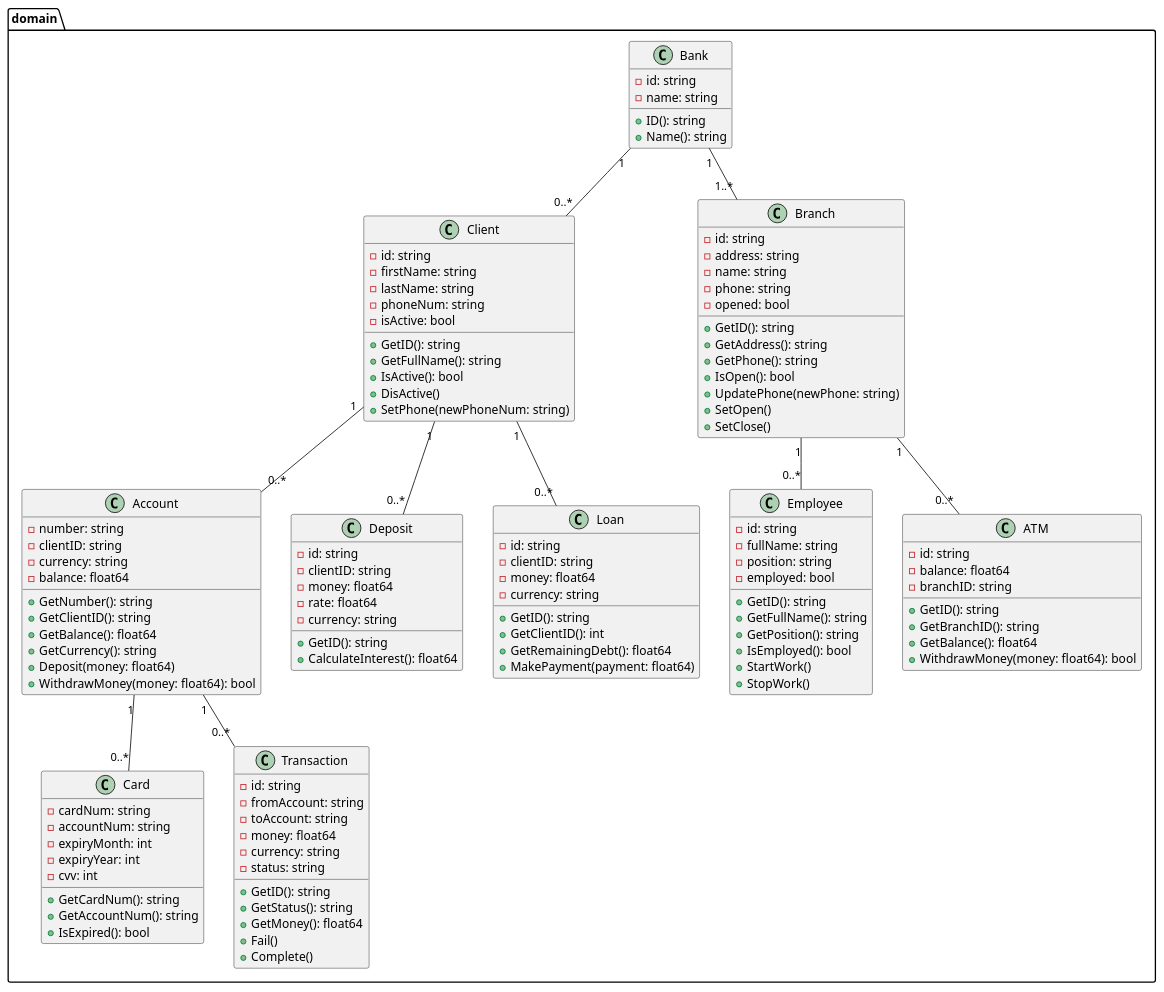
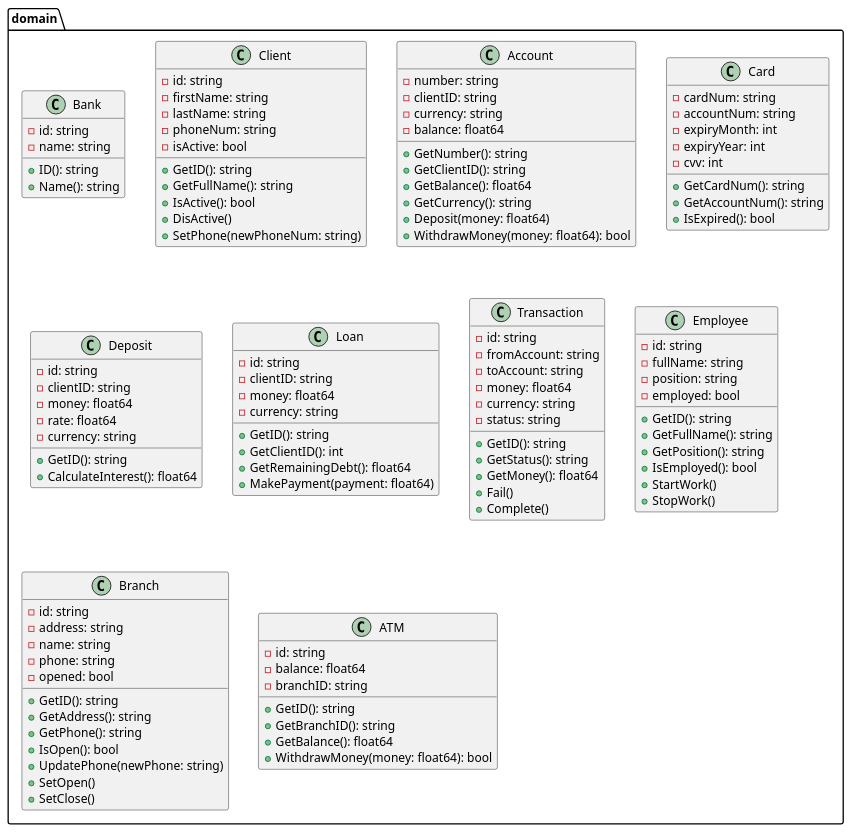
One commit to mak7eim/oop-bsuir-2025 changed the diagram in lab1/ClassDiagram.puml. Above: the diagram before and after it, drawn with PlantUML.

Commit message:
fix: corrected the class diagram

```diff
--- a/lab1/ClassDiagram.puml
+++ b/lab1/ClassDiagram.puml
@@ -1,138 +1,124 @@
 @startuml sdfghj
 
 namespace domain {
 
 class Bank {
   -id: string
   -name: string
   +ID(): string 
   +Name(): string
 }
 
 class Client {
   -id: string
   -firstName: string
   -lastName: string
   -phoneNum: string
   -isActive: bool
   +GetID(): string
   +GetFullName(): string
   +IsActive(): bool
   +DisActive()
   +SetPhone(newPhoneNum: string)
 }
 
 class Account {
   -number: string
   -clientID: string
   -currency: string
   -balance: float64
   +GetNumber(): string
   +GetClientID(): string
   +GetBalance(): float64
   +GetCurrency(): string
   +Deposit(money: float64)
   +WithdrawMoney(money: float64): bool
 }
 
 class Card {
   -cardNum: string
   -accountNum: string
   -expiryMonth: int
   -expiryYear: int
   -cvv: int
   +GetCardNum(): string
   +GetAccountNum(): string
   +IsExpired(): bool
 }
 
 class Deposit {
   -id: string
   -clientID: string
   -money: float64
   -rate: float64
   -currency: string
   +GetID(): string
   +CalculateInterest(): float64
 }
 
 class Loan {
   -id: string
   -clientID: string
   -money: float64
   -currency: string
   +GetID(): string
   +GetClientID(): int
   +GetRemainingDebt(): float64
   +MakePayment(payment: float64)
 }
 
 class Transaction {
   -id: string
   -fromAccount: string
   -toAccount: string
   -money: float64
   -currency: string
   -status: string
   +GetID(): string
   +GetStatus(): string
   +GetMoney(): float64
   +Fail()
   +Complete()
 }
 
 class Employee {
   -id: string
   -fullName: string
   -position: string
   -employed: bool
   +GetID(): string
   +GetFullName(): string
   +GetPosition(): string
   +IsEmployed(): bool
   +StartWork()
   +StopWork()
 }
 
 class Branch {
   -id: string
   -address: string
   -name: string
   -phone: string
   -opened: bool
   +GetID(): string
   +GetAddress(): string
   +GetPhone(): string
   +IsOpen(): bool
   +UpdatePhone(newPhone: string)
   +SetOpen()
   +SetClose()
 }
 
 class ATM {
   -id: string
   -balance: float64
   -branchID: string 
   +GetID(): string
   +GetBranchID(): string 
   +GetBalance(): float64
   +WithdrawMoney(money: float64): bool
 }
 
 }
 
-
-domain.Bank "1" -- "1..*" domain.Branch
-domain.Bank "1" -- "0..*" domain.Client
-
-domain.Client "1" -- "0..*" domain.Account 
-domain.Client "1" -- "0..*" domain.Deposit
-domain.Client "1" -- "0..*" domain.Loan 
-
-domain.Account "1" -- "0..*" domain.Card 
-domain.Account "1" -- "0..*" domain.Transaction 
-
-domain.Branch "1" -- "0..*" domain.Employee 
-domain.Branch "1" -- "0..*" domain.ATM 
-
 @enduml
```
